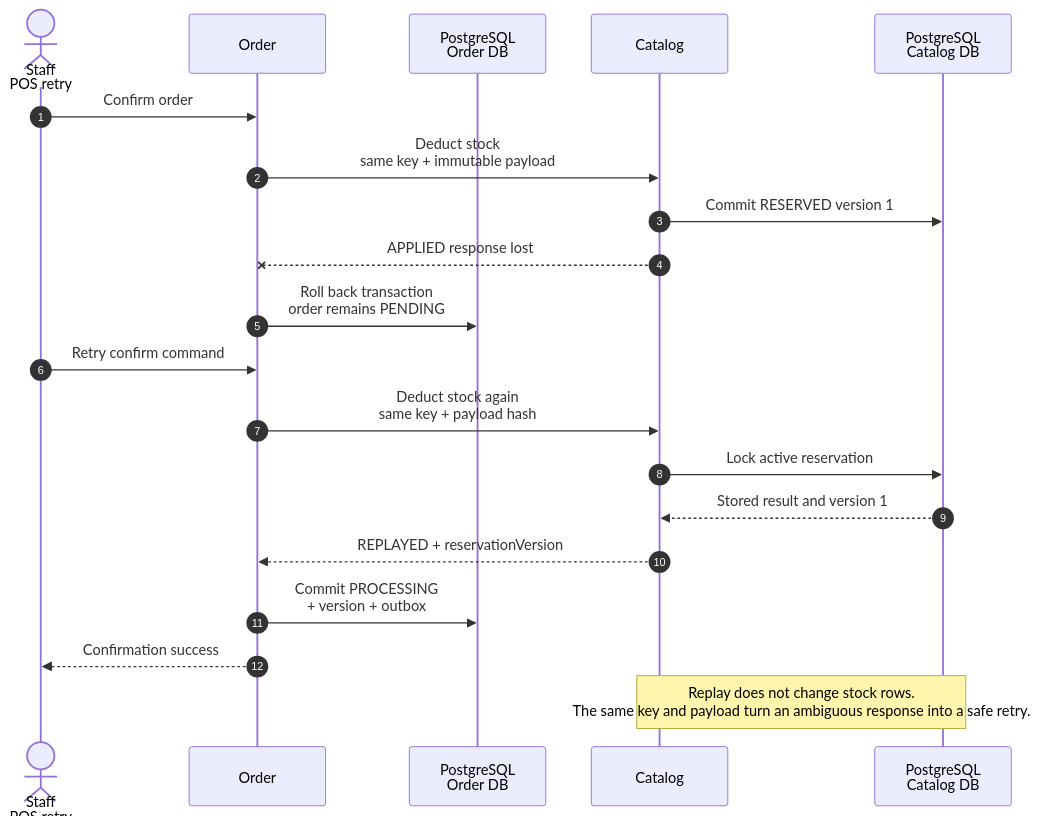
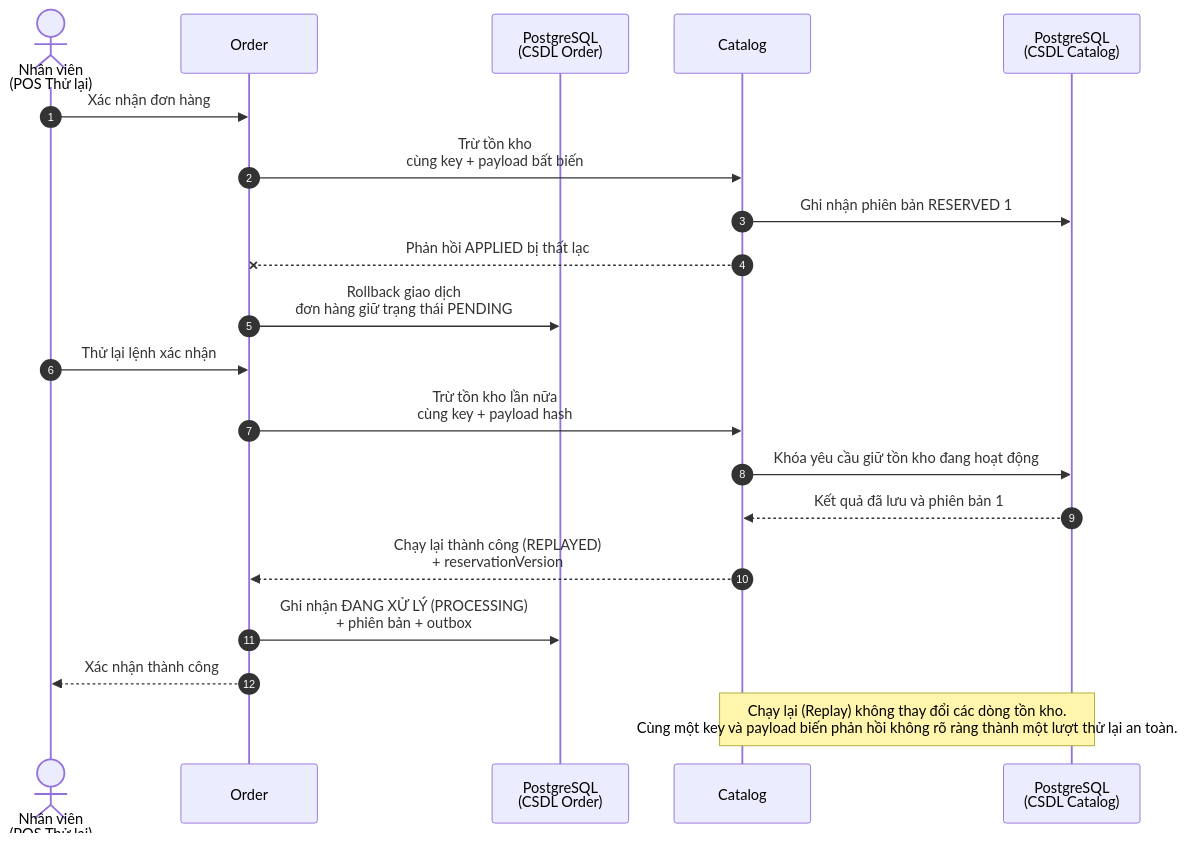
Before and after one commit to quan-vo-dinh/saas-pos-microservices-qrtable: the diagram in docs/graduation-thesis-resources/thesis-report/assets/diagrams/chapter5-order-confirm-idempotency-retry.mmd, drawn with Mermaid. The commit also changed other lines of this file and 98 other files, not shown here.

```diff
--- a/docs/graduation-thesis-resources/thesis-report/assets/diagrams/chapter5-order-confirm-idempotency-retry.mmd
+++ b/docs/graduation-thesis-resources/thesis-report/assets/diagrams/chapter5-order-confirm-idempotency-retry.mmd
@@ -1,23 +1,23 @@
 sequenceDiagram
   autonumber
-  actor Staff as Staff<br/>POS retry
+  actor Staff as Nhân viên<br/>(POS Thử lại)
   participant Order as Order
-  participant ODB as PostgreSQL<br/>Order DB
+  participant ODB as PostgreSQL<br/>(CSDL Order)
   participant Catalog as Catalog
-  participant CDB as PostgreSQL<br/>Catalog DB
+  participant CDB as PostgreSQL<br/>(CSDL Catalog)
 
-  Staff->>Order: Confirm order
-  Order->>Catalog: Deduct stock<br/>same key + immutable payload
-  Catalog->>CDB: Commit RESERVED version 1
-  Catalog--xOrder: APPLIED response lost
-  Order->>ODB: Roll back transaction<br/>order remains PENDING
+  Staff->>Order: Xác nhận đơn hàng
+  Order->>Catalog: Trừ tồn kho<br/>cùng key + payload bất biến
+  Catalog->>CDB: Ghi nhận phiên bản RESERVED 1
+  Catalog--xOrder: Phản hồi APPLIED bị thất lạc
+  Order->>ODB: Rollback giao dịch<br/>đơn hàng giữ trạng thái PENDING
 
-  Staff->>Order: Retry confirm command
-  Order->>Catalog: Deduct stock again<br/>same key + payload hash
-  Catalog->>CDB: Lock active reservation
-  CDB-->>Catalog: Stored result and version 1
-  Catalog-->>Order: REPLAYED + reservationVersion
-  Order->>ODB: Commit PROCESSING<br/>+ version + outbox
-  Order-->>Staff: Confirmation success
+  Staff->>Order: Thử lại lệnh xác nhận
+  Order->>Catalog: Trừ tồn kho lần nữa<br/>cùng key + payload hash
+  Catalog->>CDB: Khóa yêu cầu giữ tồn kho đang hoạt động
+  CDB-->>Catalog: Kết quả đã lưu và phiên bản 1
+  Catalog-->>Order: Chạy lại thành công (REPLAYED)<br/>+ reservationVersion
+  Order->>ODB: Ghi nhận ĐANG XỬ LÝ (PROCESSING)<br/>+ phiên bản + outbox
+  Order-->>Staff: Xác nhận thành công
 
-  Note over Catalog,CDB: Replay does not change stock rows.<br/>The same key and payload turn an ambiguous response into a safe retry.
+  Note over Catalog,CDB: Chạy lại (Replay) không thay đổi các dòng tồn kho.<br/>Cùng một key và payload biến phản hồi không rõ ràng thành một lượt thử lại an toàn.
```
